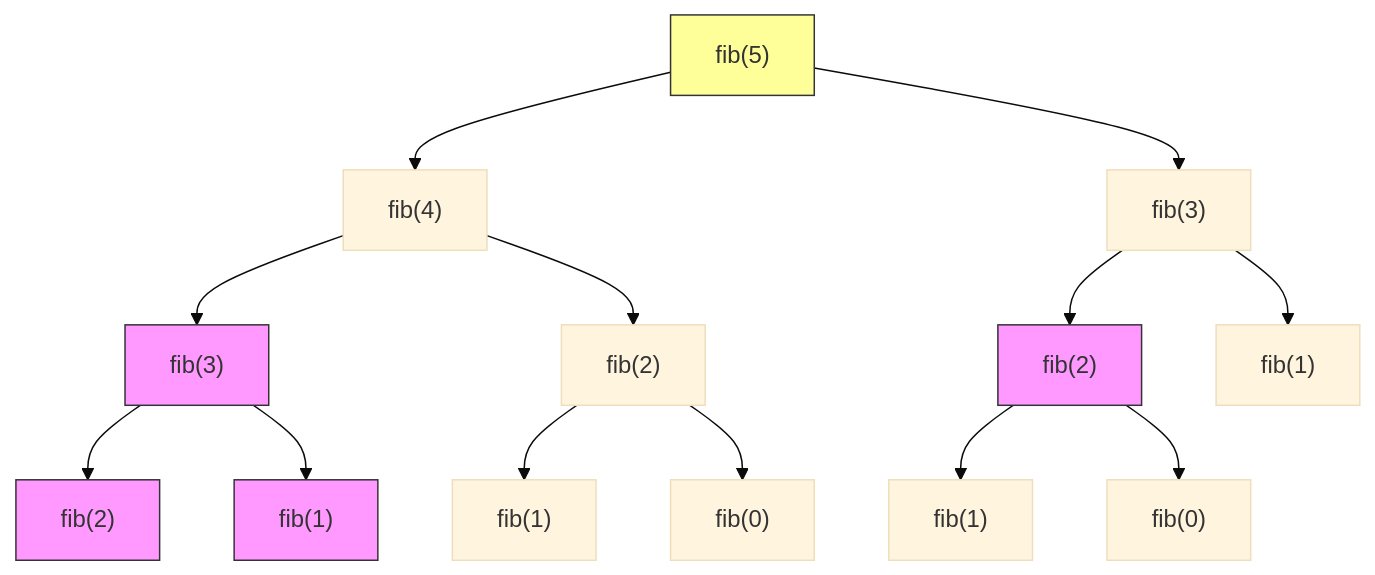
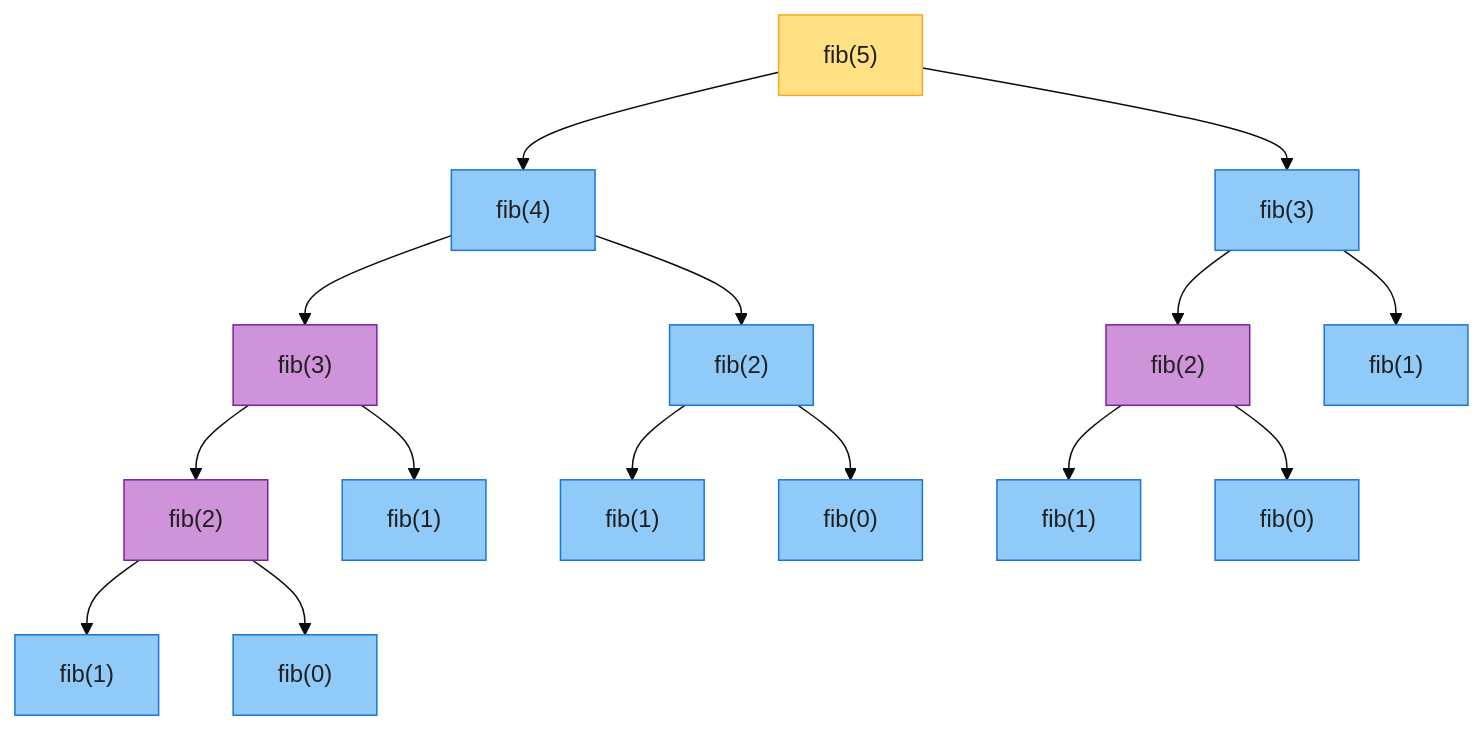
One commit to socoo123/book_reading changed the first of 11 diagrams in IntroductionToAlgorithms/Chapter14_动态规划_深度版.md. Above: the diagram before and after it, drawn with Mermaid (base theme). The commit also changed other lines of this file and 30 other files, not shown here.

````diff
--- a/IntroductionToAlgorithms/Chapter14_动态规划_深度版.md
+++ b/IntroductionToAlgorithms/Chapter14_动态规划_深度版.md
@@ -35,21 +26,24 @@
 ```mermaid
 graph TD
-    A["fib(5)"] --> B["fib(4)"]
-    A --> C["fib(3)"]
-    B --> D["fib(3)"]
-    B --> E["fib(2)"]
-    C --> F["fib(2)"]
-    C --> G["fib(1)"]
-    D --> H["fib(2)"]
-    D --> I["fib(1)"]
-    E --> J["fib(1)"]
-    E --> K["fib(0)"]
-    F --> L["fib(1)"]
-    F --> M["fib(0)"]
+    a["fib(5)"] --> b["fib(4)"]
+    a --> c["fib(3)"]
+    b --> d["fib(3)"]
+    b --> e["fib(2)"]
+    c --> f["fib(2)"]
+    c --> g["fib(1)"]
+    d --> h["fib(2)"]
+    d --> i["fib(1)"]
+    e --> j["fib(1)"]
+    e --> k["fib(0)"]
+    f --> l["fib(1)"]
+    f --> m["fib(0)"]
+    h --> n["fib(1)"]
+    h --> o["fib(0)"]
 
-    style A fill:#ffff99,stroke:#333
-    style D fill:#ff99ff,stroke:#333
-    style F fill:#ff99ff,stroke:#333
-    style H fill:#ff99ff,stroke:#333
-    style I fill:#ff99ff,stroke:#333
+    classDef root fill:#FFE082,stroke:#F9A825,color:#1f1f1f
+    classDef dup fill:#CE93D8,stroke:#7B1FA2,color:#1f1f1f
+    classDef first fill:#90CAF9,stroke:#1976D2,color:#1f1f1f
+    class a root
+    class d,f,h dup
+    class b,c,e,g,i,j,k,l,m,n,o first
 ```
````
